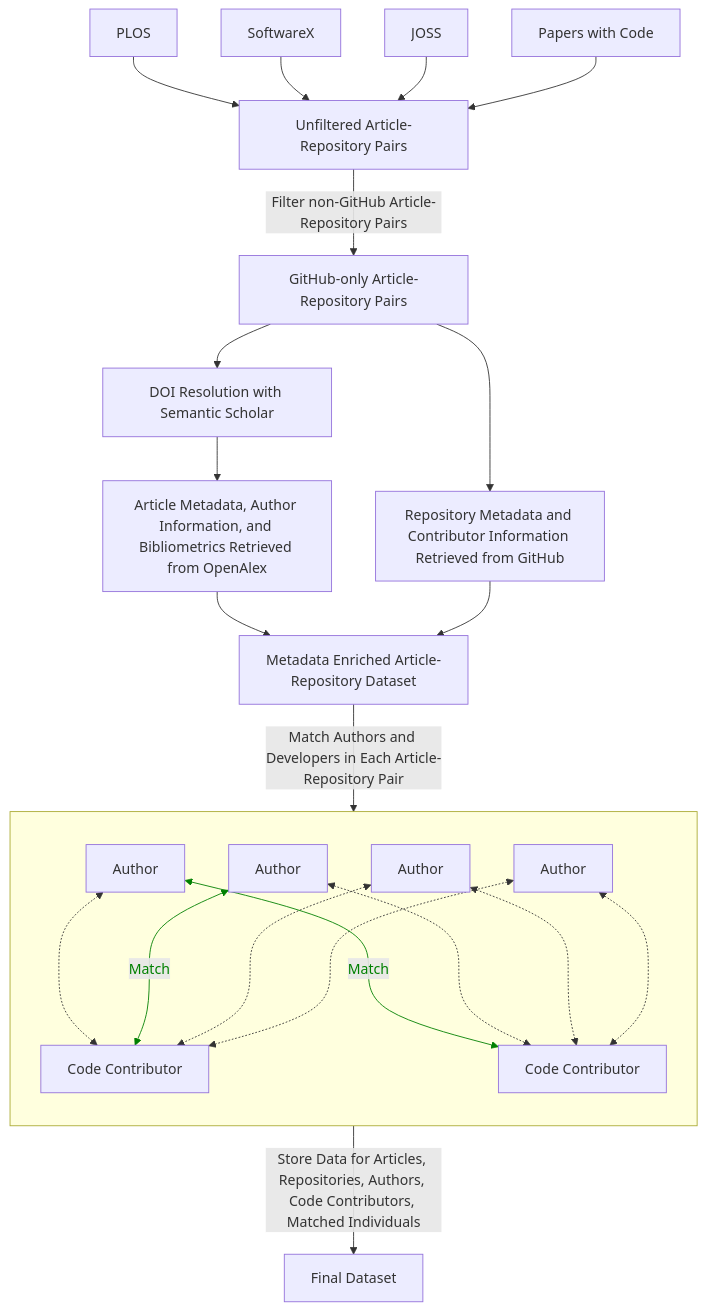
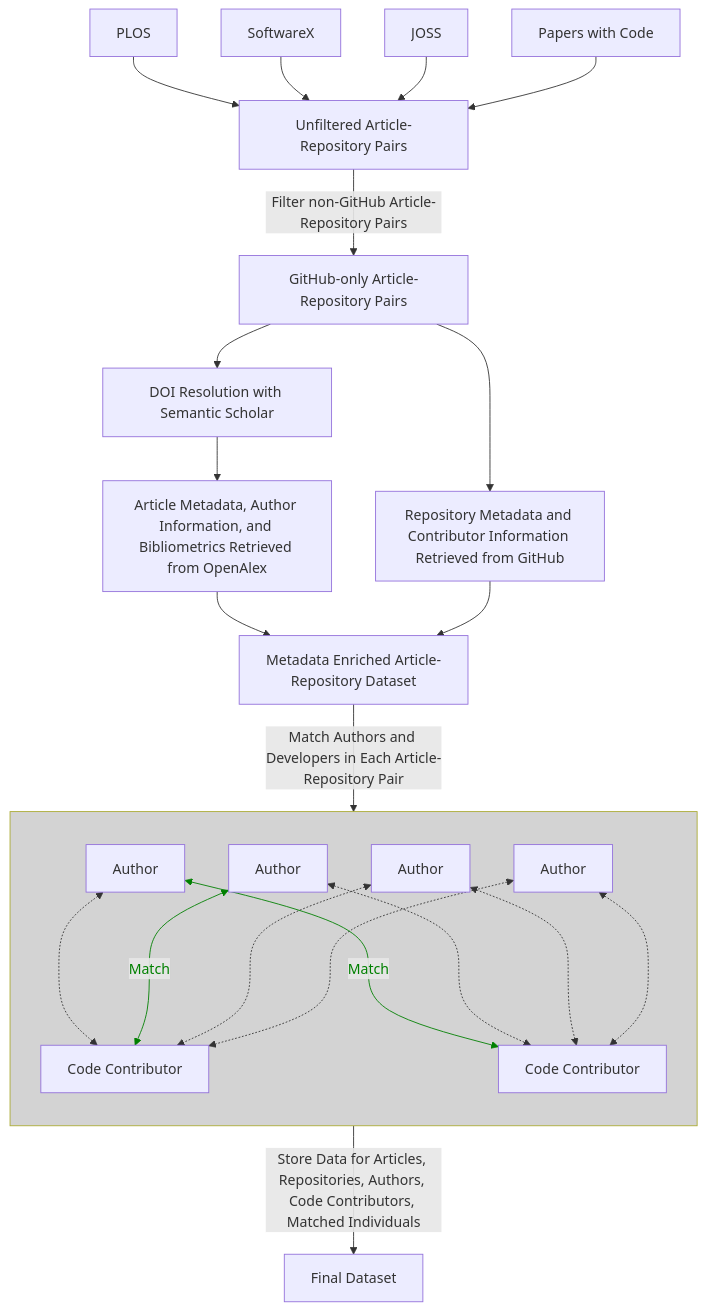
Before and after one commit to evamaxfield/rs-graph: the diagram in publications/qss-code-authors/qss-code-authors.qmd, drawn with Mermaid. The commit also changed other lines of this file, not shown here.

````diff
--- a/publications/qss-code-authors/qss-code-authors.qmd
+++ b/publications/qss-code-authors/qss-code-authors.qmd
@@ -565,48 +561,50 @@
 ```{mermaid}
 %%| label: fig-workflow-diagram
 %%| fig-cap: Data Gathering and Processing Workflow. We begin by gathering article-repository pairs from PLOS, JOSS, SoftwareX, and Papers with Code, retaining only pairs where the source code repository is hosted on GitHub. For each article-repository pair, we retrieve the DOI for the most recent version of the article via the Semantic Scholar API, then obtain the article's metadata, author information, and bibliometric data from OpenAlex. In parallel, we collect the source code repository's metadata and contributor information using the GitHub API. After retrieving both article and repository information, we apply our trained author-developer matching model across all possible combinations of article authors and repository contributors for each article-repository pair. Finally, we store all retrieved information and the matched author-developer pairs in a SQLite database.
 %%| fig-height: 7
 %%| fig-align: center
 
 flowchart TB
 
 %% sources %%
 plos[PLOS] --> unfiltered[Unfiltered Article-Repository Pairs]
 softwarex[SoftwareX] --> unfiltered
 joss[JOSS] --> unfiltered
 pwc[Papers with Code] --> unfiltered
 
 %% filtering %%
 unfiltered --> |Filter non-GitHub Article-Repository Pairs| dataset[GitHub-only Article-Repository Pairs]
 
 %% article processing %%
 dataset --> s2[DOI Resolution with Semantic Scholar]
 s2 --> openalex[Article Metadata, Author Information, and Bibliometrics Retrieved from OpenAlex]
 
 %% repo processing %%
 dataset --> gh[Repository Metadata and Contributor Information Retrieved from GitHub]
 
 %% merge %%
 openalex --> core-dataset[Metadata Enriched Article-Repository Dataset]
 gh --> core-dataset
 
 %% author-developer matching %%
 subgraph ad-matching[" "]
     direction TB
 	
 	author1[Author] <-..-> contrib1[Code Contributor]
 	author2[Author] <--> |Match| contrib1
 	author3[Author] <-..-> contrib1
 	author4[Author] <-..-> contrib1
 	author1 <--> |Match| contrib2[Code Contributor]
 	author2 <-..-> contrib2
 	author3 <-..-> contrib2
 	author4 <-..-> contrib2
 	
 	linkStyle 11,14 stroke:green,color:green;
 end
 
 core-dataset --> |Match Authors and Developers in Each Article-Repository Pair| ad-matching
 
 ad-matching --> |Store Data for Articles, Repositories, Authors, Code Contributors, Matched Individuals| final-dataset[Final Dataset]
+
+style ad-matching fill: lightgrey
 ```
````
